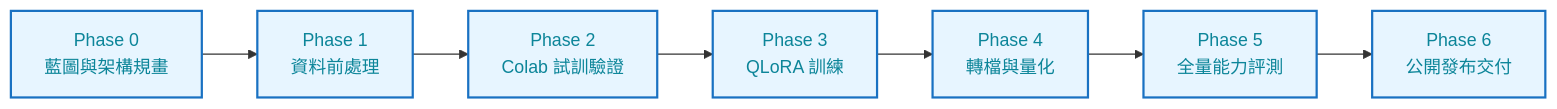
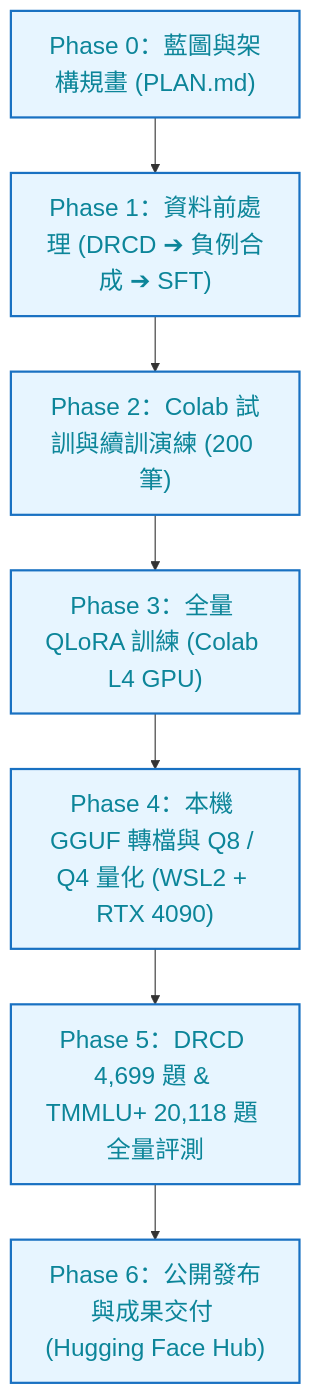
The first of 2 diagrams in README.md (kuotunyu/local-llm-lifecycle), drawn with Mermaid before and after one commit. The commit also changed other lines of this file, not shown here.

Commit message:
docs: enlarge font size in Phase 0-6 pipeline diagram to 22px with vertical flow

````diff
--- a/README.md
+++ b/README.md
@@ -36,8 +36,16 @@
 ```mermaid
-%%{init: {'themeVariables': {'fontSize': '16px'}}}%%
-flowchart LR
-    P0["Phase 0<br/>藍圖與架構規畫"] --> P1["Phase 1<br/>資料前處理"] --> P2["Phase 2<br/>Colab 試訓驗證"] --> P3["Phase 3<br/>QLoRA 訓練"] --> P4["Phase 4<br/>轉檔與量化"] --> P5["Phase 5<br/>全量能力評測"] --> P6["Phase 6<br/>公開發布交付"]
+%%{init: {'themeVariables': {'fontSize': '22px'}}}%%
+flowchart TD
+    P0["Phase 0：藍圖與架構規畫 (PLAN.md)"]
+    P1["Phase 1：資料前處理 (DRCD ➔ 負例合成 ➔ SFT)"]
+    P2["Phase 2：Colab 試訓與續訓演練 (200 筆)"]
+    P3["Phase 3：全量 QLoRA 訓練 (Colab L4 GPU)"]
+    P4["Phase 4：本機 GGUF 轉檔與 Q8 / Q4 量化 (WSL2 + RTX 4090)"]
+    P5["Phase 5：DRCD 4,699 題 & TMMLU+ 20,118 題 全量評測"]
+    P6["Phase 6：公開發布與成果交付 (Hugging Face Hub)"]
+
+    P0 --> P1 --> P2 --> P3 --> P4 --> P5 --> P6
 
     classDef phaseStyle fill:#e7f5ff,stroke:#1971c2,stroke-width:2px,color:#0c8599
     class P0,P1,P2,P3,P4,P5,P6 phaseStyle
 ```
````
